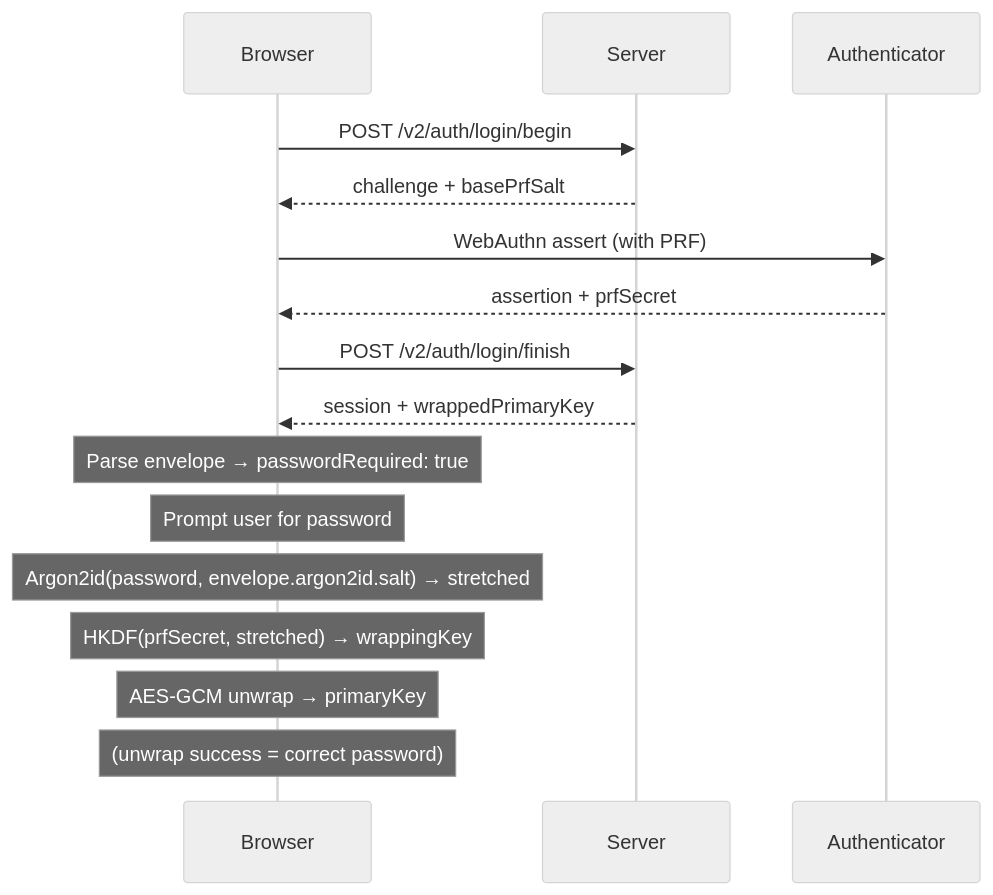
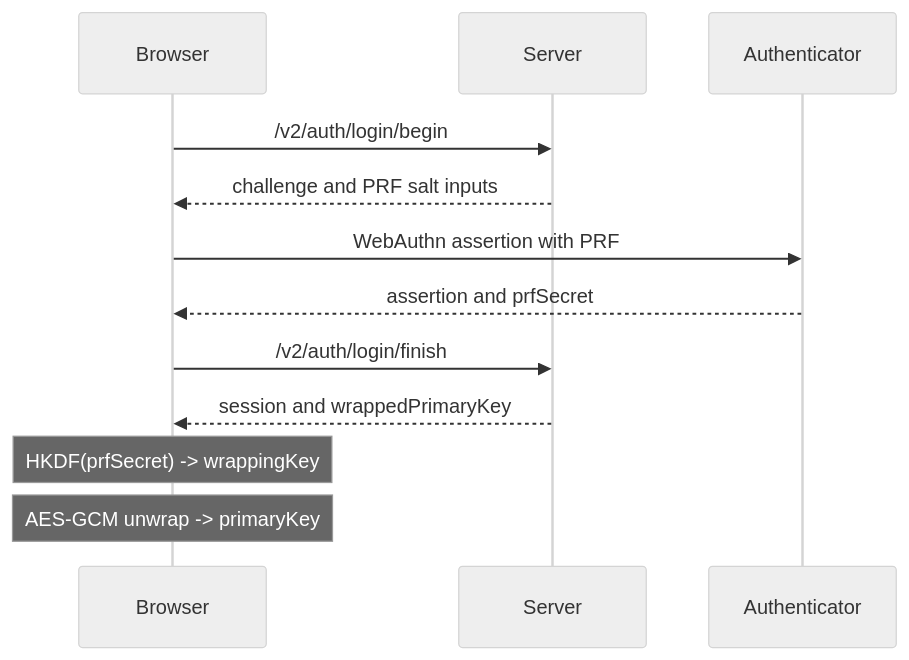
Before and after one commit to ItalyPaleAle/revaulter: the fifth of 9 diagrams in docs/06-crypto-architecture.md, drawn with Mermaid (neutral theme). The commit also changed other lines of this file and 1 other file, not shown here.

Commit message:
Updated doc with crypto architecture

````diff
--- a/docs/06-crypto-architecture.md
+++ b/docs/06-crypto-architecture.md
@@ -134,21 +274,15 @@
 ```mermaid
 sequenceDiagram
     participant B as Browser
     participant S as Server
     participant A as Authenticator
 
-    B->>S: POST /v2/auth/login/begin
-    S-->>B: challenge + basePrfSalt
-    B->>A: WebAuthn assert (with PRF)
-    A-->>B: assertion + prfSecret
-    B->>S: POST /v2/auth/login/finish
-    S-->>B: session + wrappedPrimaryKey
-
-    Note over B: Parse envelope → passwordRequired: true
-    Note over B: Prompt user for password
-
-    Note over B: Argon2id(password, envelope.argon2id.salt) → stretched
-    Note over B: HKDF(prfSecret, stretched) → wrappingKey
-    Note over B: AES-GCM unwrap → primaryKey
-    Note over B: (unwrap success = correct password)
+    B->>S: /v2/auth/login/begin
+    S-->>B: challenge and PRF salt inputs
+    B->>A: WebAuthn assertion with PRF
+    A-->>B: assertion and prfSecret
+    B->>S: /v2/auth/login/finish
+    S-->>B: session and wrappedPrimaryKey
+    Note over B: HKDF(prfSecret) -> wrappingKey
+    Note over B: AES-GCM unwrap -> primaryKey
 ```
````
